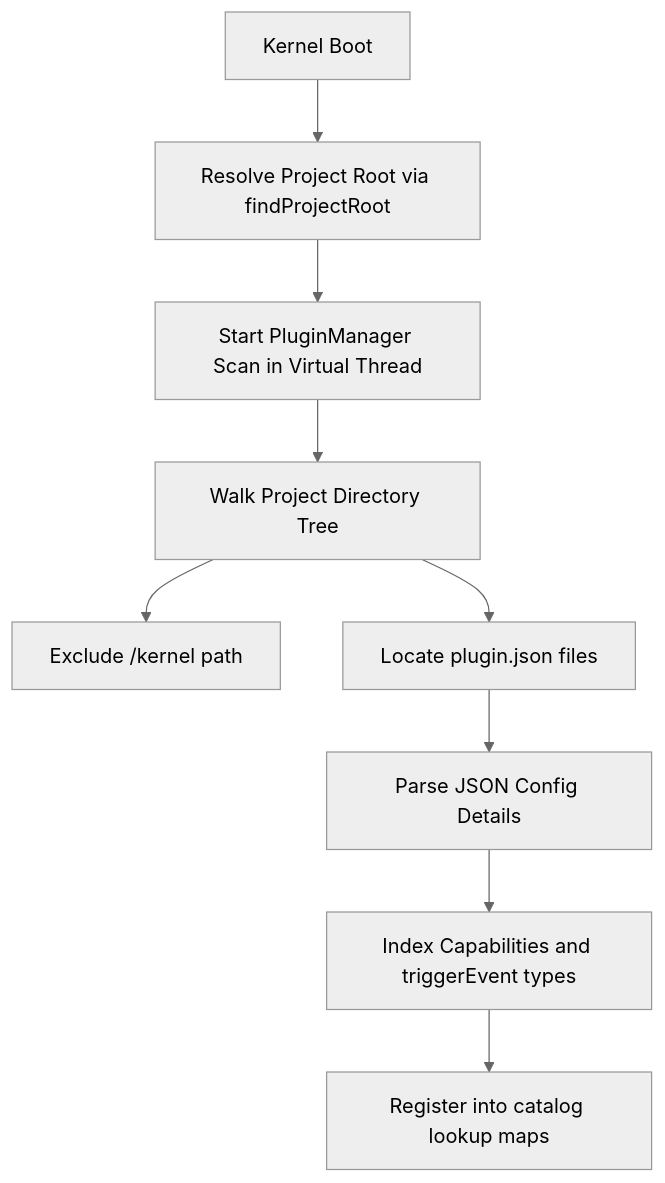
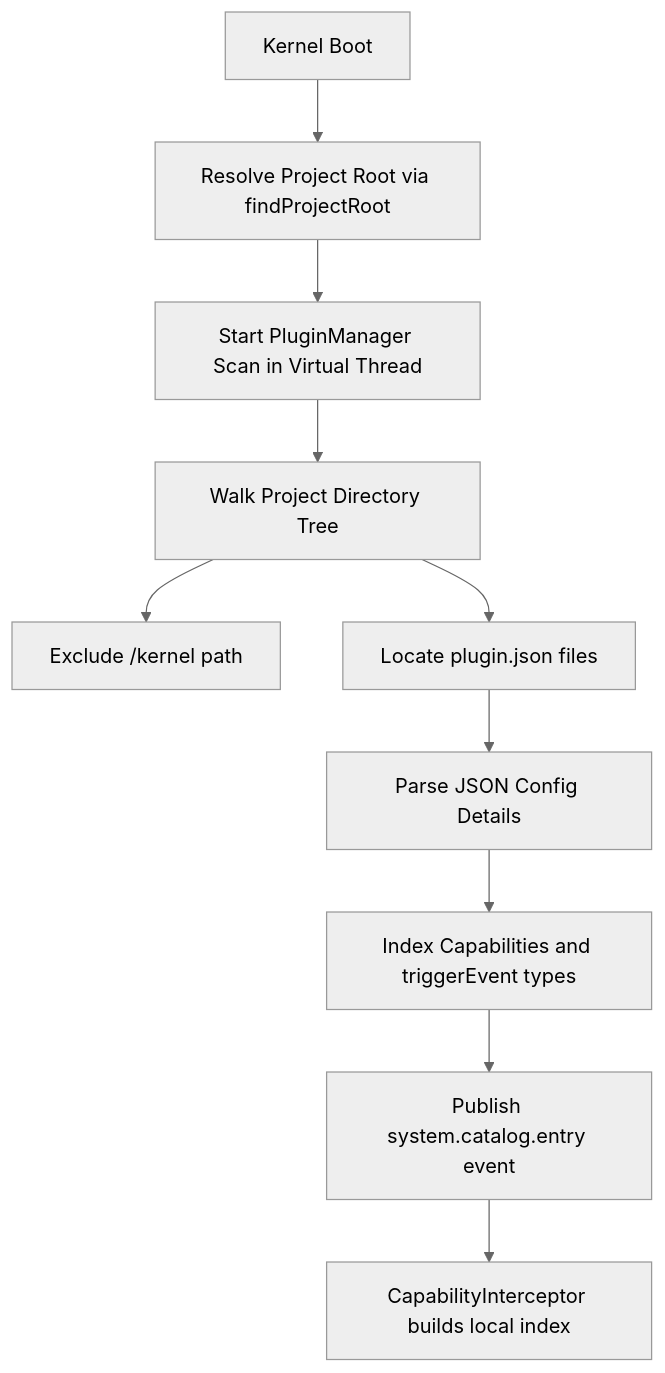
The second of 2 diagrams in docs/KERNEL.md (gazolla/MK8), drawn with Mermaid (neutral theme) before and after one commit. The commit also changed other lines of this file and 11 other files, not shown here.

````diff
--- a/docs/KERNEL.md
+++ b/docs/KERNEL.md
@@ -148,11 +155,12 @@
 ```mermaid
 flowchart TD
     Start[Kernel Boot] --> FindRoot[Resolve Project Root via findProjectRoot]
     FindRoot --> TriggerScan[Start PluginManager Scan in Virtual Thread]
     TriggerScan --> WalkDirs[Walk Project Directory Tree]
     WalkDirs --> FilterKernel[Exclude /kernel path]
     WalkDirs --> FindJSON[Locate plugin.json files]
     FindJSON --> ReadConfig[Parse JSON Config Details]
     ReadConfig --> IndexCaps[Index Capabilities and triggerEvent types]
-    IndexCaps --> End[Register into catalog lookup maps]
+    IndexCaps --> PublishCatalog[Publish system.catalog.entry event]
+    PublishCatalog --> End[CapabilityInterceptor builds local index]
 ```
````
